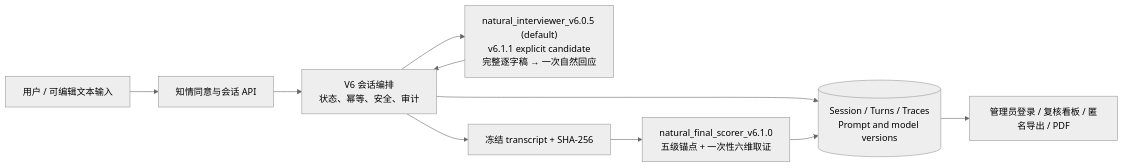
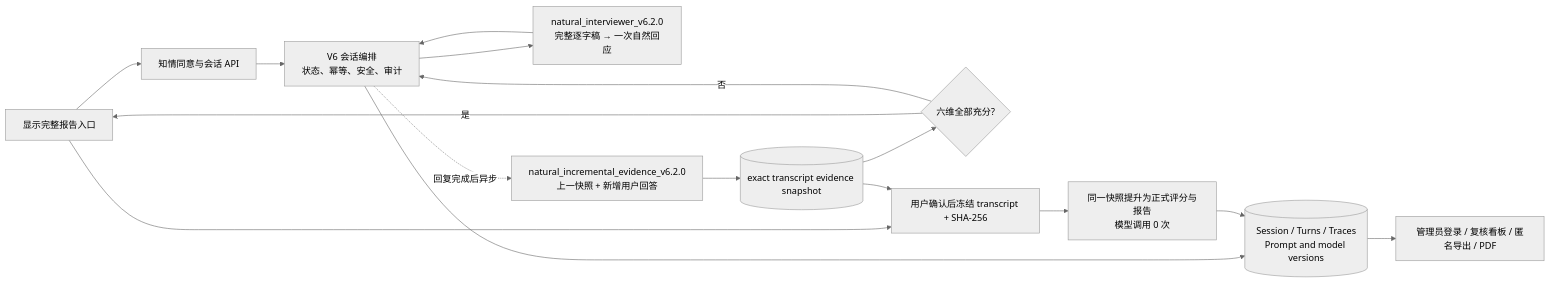
Before and after one commit to aBcDd-zm/critical-thinking-assessment-v6: the first of 2 diagrams in docs/ARCHITECTURE.md, drawn with Mermaid (neutral theme). The commit also changed other lines of this file and 29 other files, not shown here.

````diff
--- a/docs/ARCHITECTURE.md
+++ b/docs/ARCHITECTURE.md
@@ -5,12 +5,18 @@
 ```mermaid
 flowchart LR
     U["用户 / 可编辑文本输入"] --> C["知情同意与会话 API"]
     C --> S["V6 会话编排\n状态、幂等、安全、审计"]
-    S --> I["natural_interviewer_v6.0.5 (default)\nv6.1.1 explicit candidate\n完整逐字稿 → 一次自然回应"]
+    S --> I["natural_interviewer_v6.2.0\n完整逐字稿 → 一次自然回应"]
     I --> S
     S --> D[("Session / Turns / Traces\nPrompt and model versions")]
-    S --> F["冻结 transcript + SHA-256"]
-    F --> R["natural_final_scorer_v6.1.0\n五级锚点 + 一次性六维取证"]
+    S -. "回复完成后异步" .-> E["natural_incremental_evidence_v6.2.0\n上一快照 + 新增用户回答"]
+    E --> K[("exact transcript evidence snapshot")]
+    K --> G{"六维全部充分?"}
+    G -->|是| U["显示完整报告入口"]
+    G -->|否| S
+    U --> F["用户确认后冻结 transcript + SHA-256"]
+    K --> F
+    F --> R["同一快照提升为正式评分与报告\n模型调用 0 次"]
     R --> D
     D --> A["管理员登录 / 复核看板 / 匿名导出 / PDF"]
 ```
````
